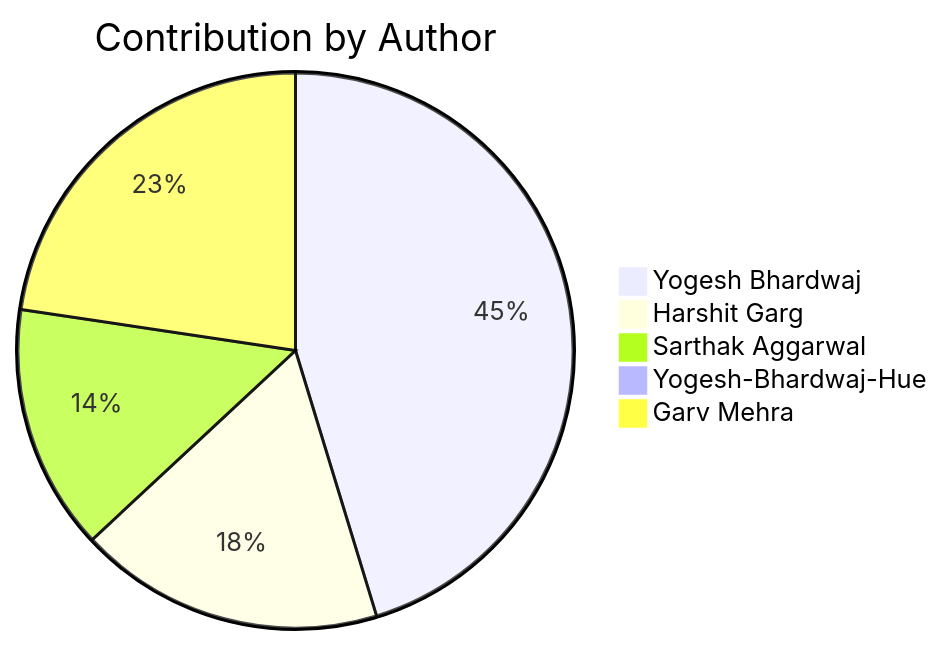
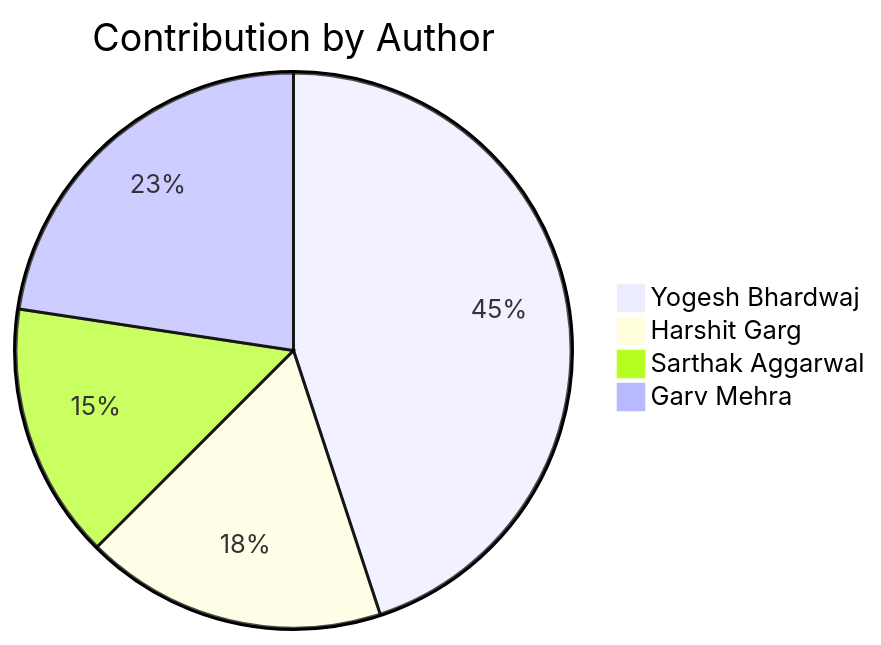
One commit to Yogesh-Bhardwaj-hue/Scm-Final_2.0 changed the second of 2 diagrams in README.md. Above: the diagram before and after it, drawn with Mermaid. The commit also changed other lines of this file, not shown here.

Commit message:
FloRGZqQxPsM

````diff
--- a/README.md
+++ b/README.md
@@ -220,8 +220,7 @@
 ```mermaid
 pie title Contribution by Author
-    "Yogesh Bhardwaj": 168
+    "Yogesh Bhardwaj": 169
     "Harshit Garg": 66
-    "Sarthak Aggarwal": 53
-    "Yogesh-Bhardwaj-Hue": 2
-    "Garv Mehra": 84
+    "Sarthak Aggarwal": 56
+    "Garv Mehra": 85
 ```
````
